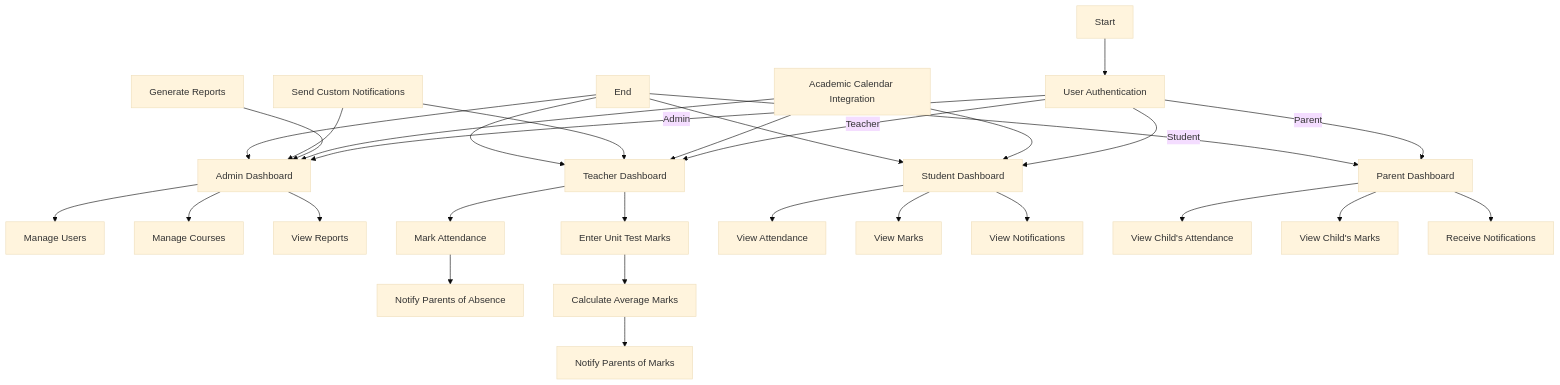
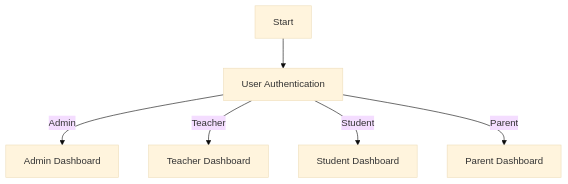
The first of 6 diagrams in README.md (ShingareOm/DepartmentManagement), drawn with Mermaid (base theme) before and after one commit. The commit also changed other lines of this file, not shown here.

````diff
--- a/README.md
+++ b/README.md
@@ -53,43 +54,8 @@
 ```mermaid
 graph TD;
   Start[Start] --> Auth[User Authentication];
-  
   Auth --> |Admin| AdminDashboard[Admin Dashboard];
   Auth --> |Teacher| TeacherDashboard[Teacher Dashboard];
   Auth --> |Student| StudentDashboard[Student Dashboard];
   Auth --> |Parent| ParentDashboard[Parent Dashboard];
-  
-  AdminDashboard --> ManageUsers[Manage Users];
-  AdminDashboard --> ManageCourses[Manage Courses];
-  AdminDashboard --> ViewReports[View Reports];
-  
-  TeacherDashboard --> Attendance[Mark Attendance];
-  Attendance --> NotifyAbsence[Notify Parents of Absence];
-  
-  TeacherDashboard --> EnterMarks[Enter Unit Test Marks];
-  EnterMarks --> CalcAverage[Calculate Average Marks];
-  CalcAverage --> NotifyMarks[Notify Parents of Marks];
-  
-  StudentDashboard --> ViewAttendance[View Attendance];
-  StudentDashboard --> ViewMarks[View Marks];
-  StudentDashboard --> ViewNotifications[View Notifications];
-
-  ParentDashboard --> ViewChildAttendance[View Child's Attendance];
-  ParentDashboard --> ViewChildMarks[View Child's Marks];
-  ParentDashboard --> ReceiveNotifications[Receive Notifications];
-
-  AcademicCalendar[Academic Calendar Integration] --> AdminDashboard;
-  AcademicCalendar --> TeacherDashboard;
-  AcademicCalendar --> StudentDashboard;
-  
-  Reports[Generate Reports] --> AdminDashboard;
-  
-  Notifications[Send Custom Notifications] --> TeacherDashboard;
-  Notifications --> AdminDashboard;
-  
-  End[End] --> AdminDashboard;
-  End --> TeacherDashboard;
-  End --> StudentDashboard;
-  End --> ParentDashboard;
-
 ```
````
